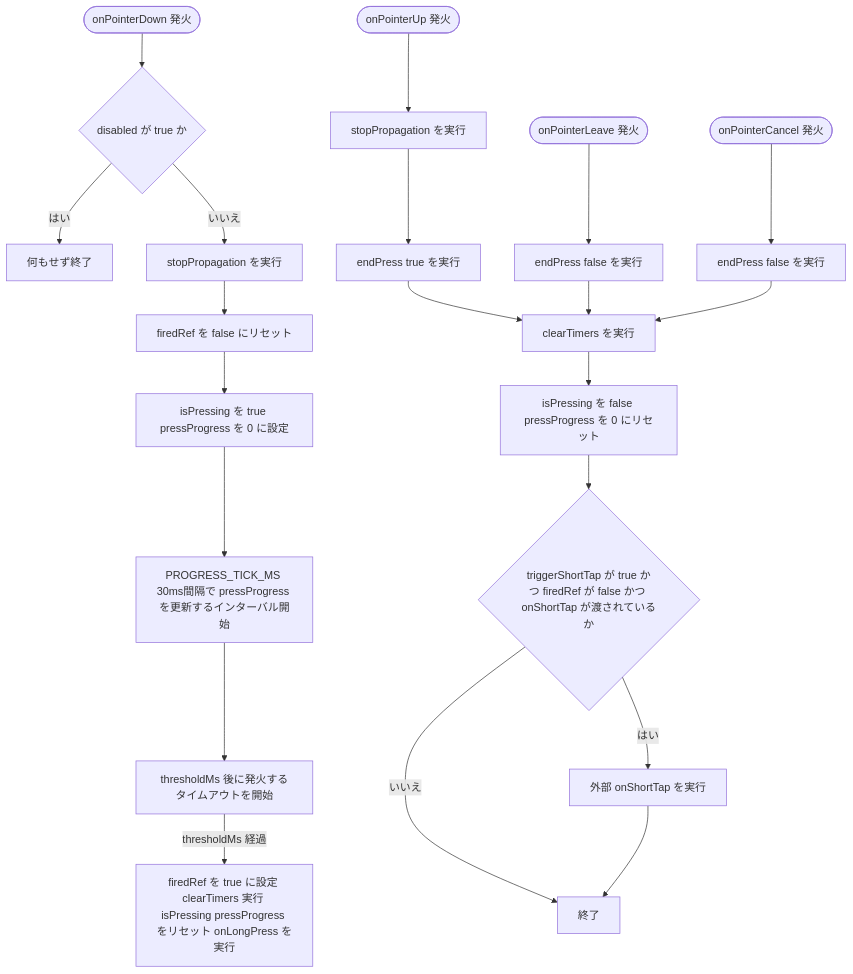
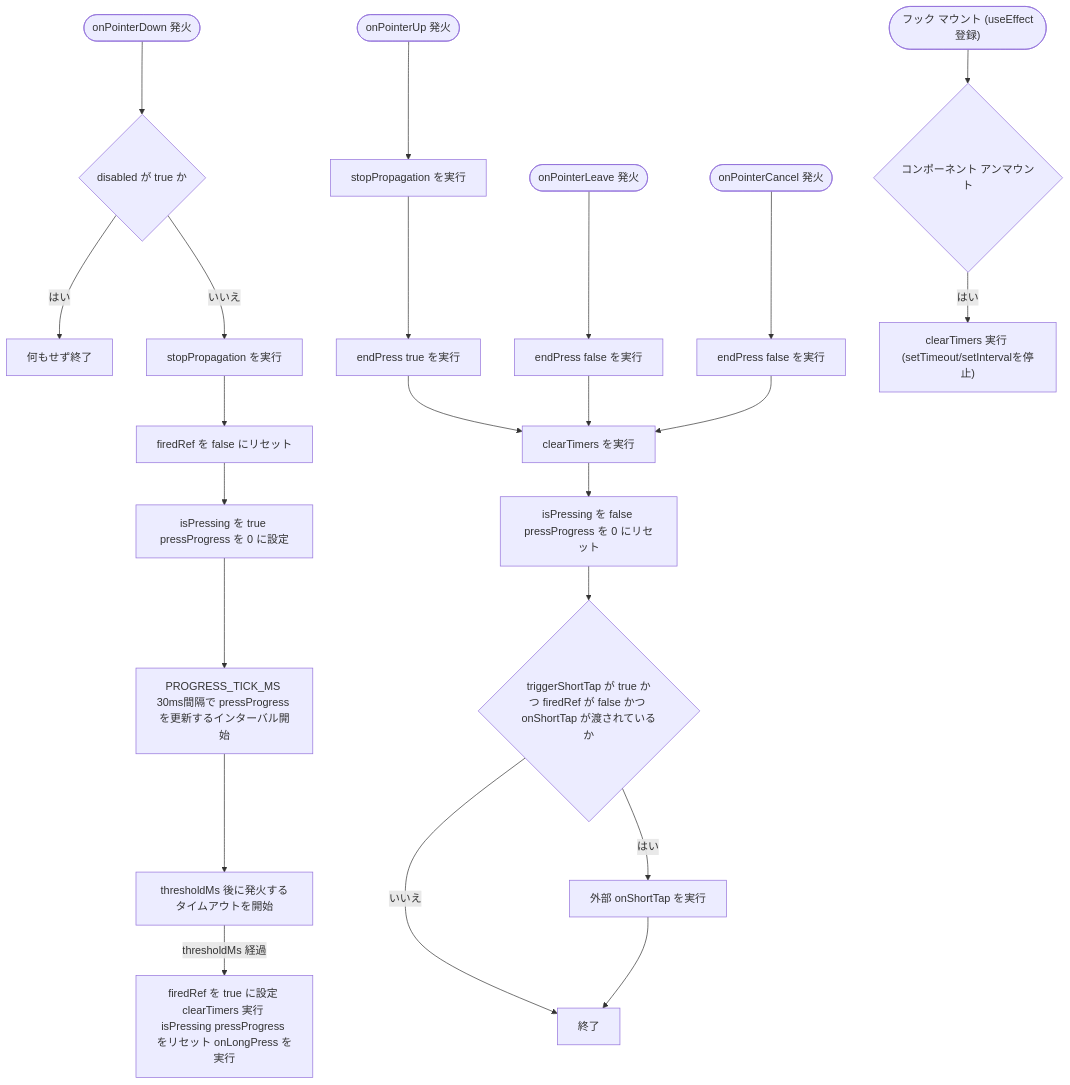
Before and after one commit to mmtigers/my_python_project: the first of 2 diagrams in docs/specifications/family-quest/src/hooks/useLongPress.md, drawn with Mermaid. The commit also changed 1 other file, not shown here.

Commit message:
docs(specifications): further refine extract_youtube_urls.md and useLongPress.md
Additional follow-up edits from the in-progress spec-drift batches.

````diff
--- a/docs/specifications/family-quest/src/hooks/useLongPress.md
+++ b/docs/specifications/family-quest/src/hooks/useLongPress.md
@@ -150,27 +150,30 @@
 ```mermaid
 flowchart TD
     Down(["onPointerDown 発火"]) --> CheckDisabled{"disabled が true か"}
     CheckDisabled -- はい --> DownEnd["何もせず終了"]
     CheckDisabled -- いいえ --> StopProp1["stopPropagation を実行"]
     StopProp1 --> ResetFired["firedRef を false にリセット"]
     ResetFired --> SetPressing["isPressing を true pressProgress を 0 に設定"]
     SetPressing --> StartInterval["PROGRESS_TICK_MS 30ms間隔で pressProgress を更新するインターバル開始"]
     StartInterval --> StartTimeout["thresholdMs 後に発火するタイムアウトを開始"]
 
     StartTimeout -- "thresholdMs 経過" --> FireLongPress["firedRef を true に設定 clearTimers 実行 isPressing pressProgress をリセット onLongPress を実行"]
 
     Up(["onPointerUp 発火"]) --> StopProp2["stopPropagation を実行"]
     StopProp2 --> EndPressTrue["endPress true を実行"]
 
     Leave(["onPointerLeave 発火"]) --> EndPressFalse1["endPress false を実行"]
     Cancel(["onPointerCancel 発火"]) --> EndPressFalse2["endPress false を実行"]
 
     EndPressTrue --> ClearInEnd["clearTimers を実行"]
     EndPressFalse1 --> ClearInEnd
     EndPressFalse2 --> ClearInEnd
     ClearInEnd --> ResetState["isPressing を false pressProgress を 0 にリセット"]
     ResetState --> CheckShortTap{"triggerShortTap が true かつ firedRef が false かつ onShortTap が渡されているか"}
     CheckShortTap -- はい --> CallShortTap["外部 onShortTap を実行"]
     CheckShortTap -- いいえ --> EndPressDone["終了"]
     CallShortTap --> EndPressDone
+
+    Mount(["フック マウント (useEffect登録)"]) --> Unmount{"コンポーネント アンマウント"}
+    Unmount -- はい --> CleanupClearTimers["clearTimers 実行 (setTimeout/setIntervalを停止)"]
 ```
````
